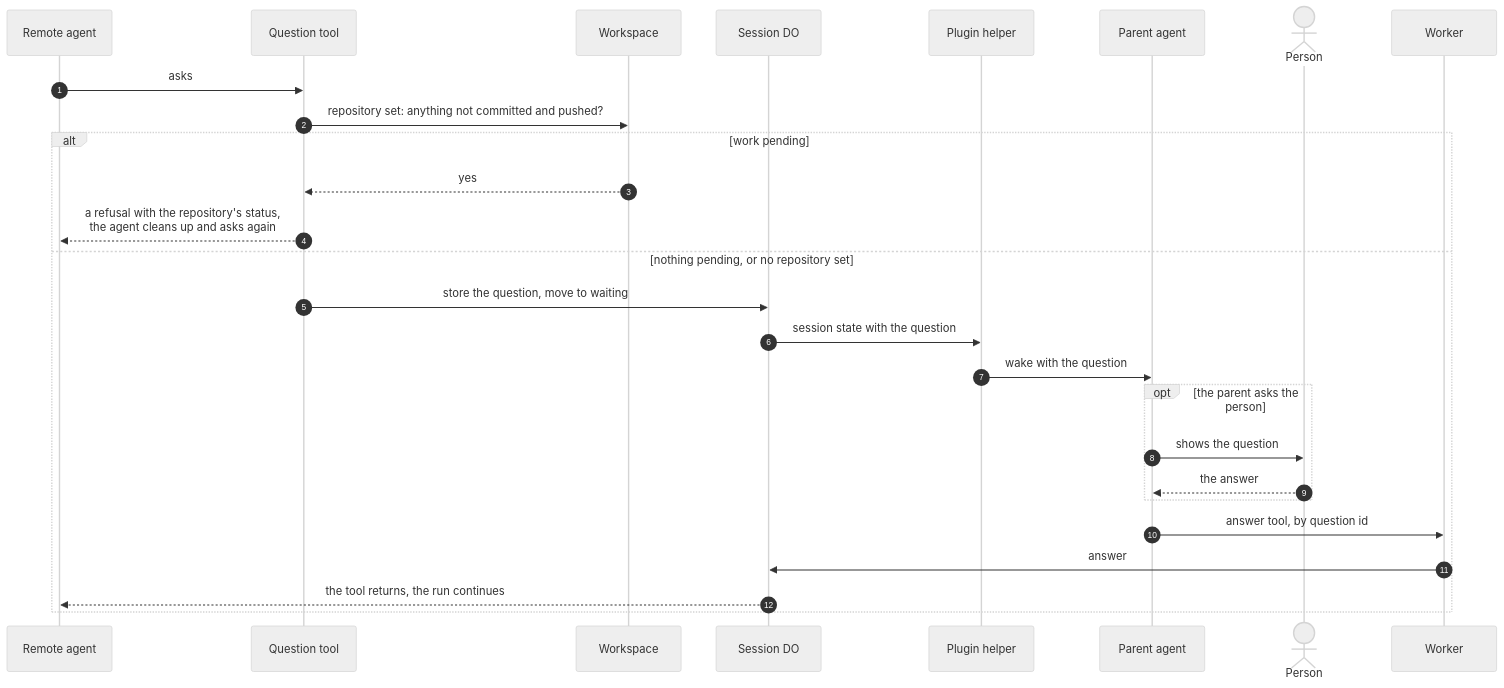
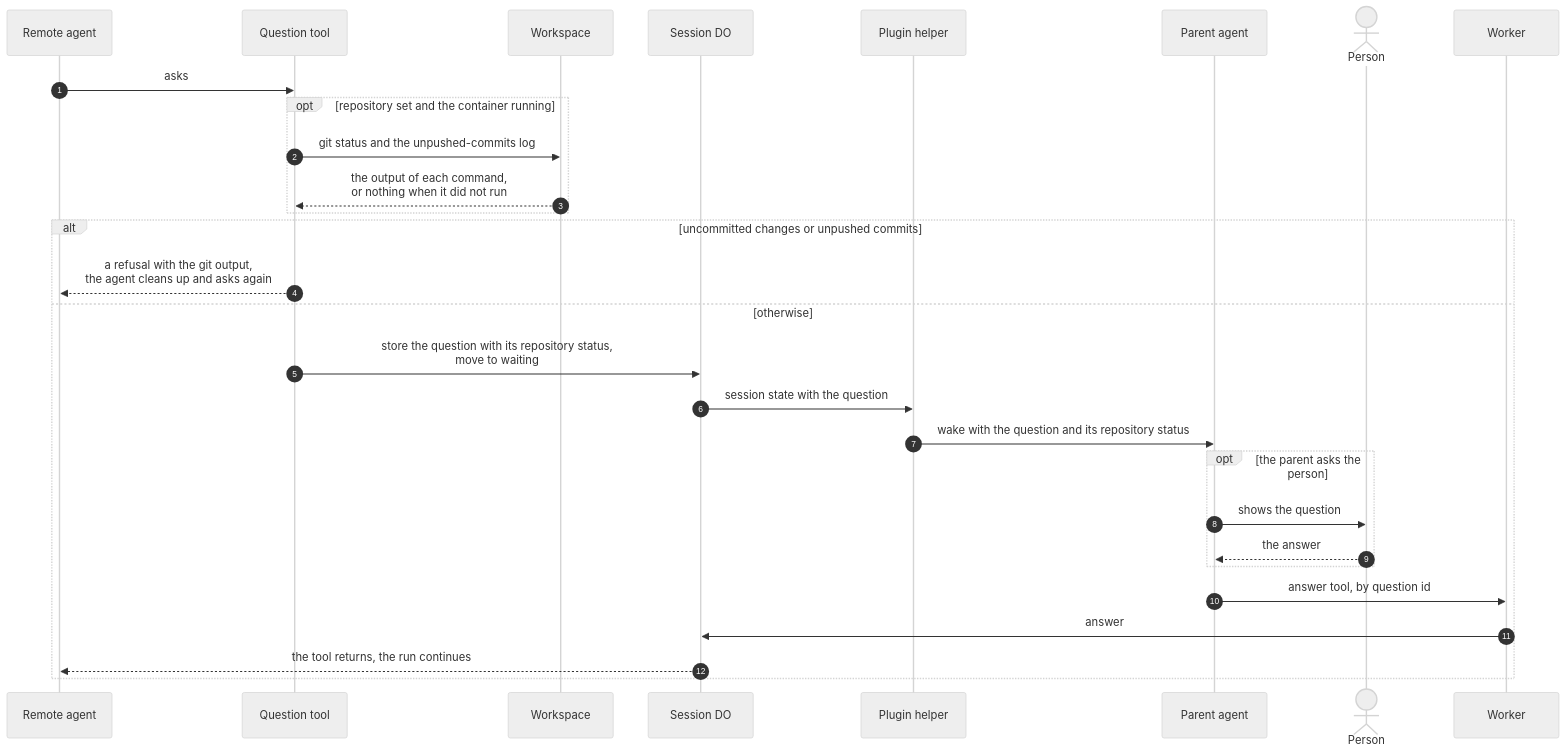
Before and after one commit to asermax/tentacles: the first of 2 diagrams in docs/technical-design/question-round-trip.md, drawn with Mermaid (neutral theme). The commit also changed other lines of this file and 6 other files, not shown here.

Commit message:
docs: describe the repository status of questions, the deploy's commit identity and the new spawn defaults

````diff
--- a/docs/technical-design/question-round-trip.md
+++ b/docs/technical-design/question-round-trip.md
@@ -15,29 +15,31 @@
 ```mermaid
 sequenceDiagram
     autonumber
     participant A as Remote agent
     participant T as Question tool
     participant Ws as Workspace
     participant S as Session DO
     participant H as Plugin helper
     participant P as Parent agent
     actor Pe as Person
     participant W as Worker
     A->>T: asks
-    T->>Ws: repository set: anything not committed and pushed?
-    alt work pending
-        Ws-->>T: yes
-        T-->>A: a refusal with the repository's status,<br/>the agent cleans up and asks again
-    else nothing pending, or no repository set
-        T->>S: store the question, move to waiting
+    opt repository set and the container running
+        T->>Ws: git status and the unpushed-commits log
+        Ws-->>T: the output of each command,<br/>or nothing when it did not run
+    end
+    alt uncommitted changes or unpushed commits
+        T-->>A: a refusal with the git output,<br/>the agent cleans up and asks again
+    else otherwise
+        T->>S: store the question with its repository status,<br/>move to waiting
         S->>H: session state with the question
-        H->>P: wake with the question
+        H->>P: wake with the question and its repository status
         opt the parent asks the person
             P->>Pe: shows the question
             Pe-->>P: the answer
         end
         P->>W: answer tool, by question id
         W->>S: answer
         S-->>A: the tool returns, the run continues
     end
 ```
````
